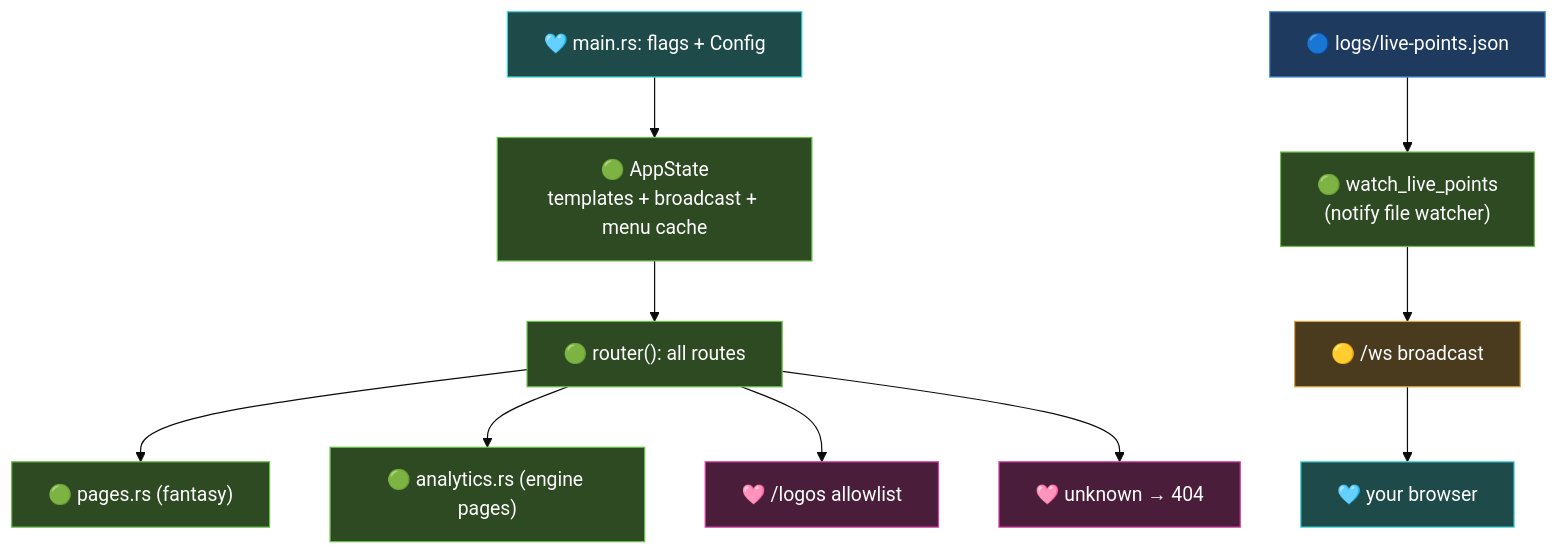
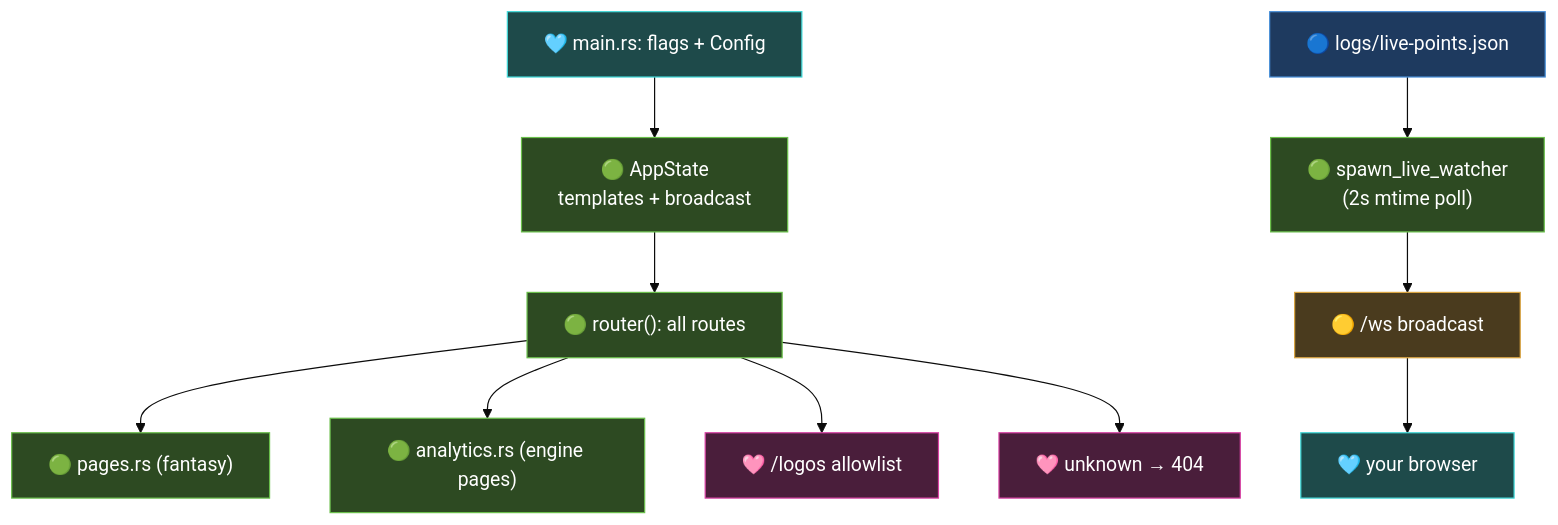
The first of 4 diagrams in docs/code/RUST_WEB.md (m0n3r0/nfl), drawn with Mermaid (base theme) before and after one commit. The commit also changed other lines of this file and 6 other files, not shown here.

````diff
--- a/docs/code/RUST_WEB.md
+++ b/docs/code/RUST_WEB.md
@@ -38,23 +40,23 @@
 ```mermaid
 flowchart TD
-    BIN["🩵 main.rs: flags + Config"] --> STATE["🟢 AppState<br/>templates + broadcast + menu cache"]
+    BIN["🩵 main.rs: flags + Config"] --> STATE["🟢 AppState<br/>templates + broadcast"]
     STATE --> ROUTER["🟢 router(): all routes"]
-    WATCH["🟢 watch_live_points<br/>(notify file watcher)"] --> BC["🟡 /ws broadcast"]
+    WATCH["🟢 spawn_live_watcher<br/>(2s mtime poll)"] --> BC["🟡 /ws broadcast"]
     ART["🔵 logs/live-points.json"] --> WATCH
     ROUTER --> PAGES["🟢 pages.rs (fantasy)"]
     ROUTER --> ANA["🟢 analytics.rs (engine pages)"]
     ROUTER --> LOGOS["🩷 /logos allowlist"]
     ROUTER --> NF["🩷 unknown → 404"]
     BC --> BROWSER["🩵 your browser"]
     classDef in fill:#1e3a5f,stroke:#4a90d9,color:#fff
     classDef fn fill:#2d4a22,stroke:#6abf4b,color:#fff
     classDef out fill:#4a3b1e,stroke:#d9a441,color:#fff
     classDef guard fill:#4a1e3b,stroke:#d941a4,color:#fff
     classDef entry fill:#1e4a4a,stroke:#41d9d9,color:#fff
     class ART in
     class BIN entry
     class STATE,ROUTER,WATCH,PAGES,ANA fn
     class BC out
     class LOGOS,NF guard
     class BROWSER entry
 ```
````
